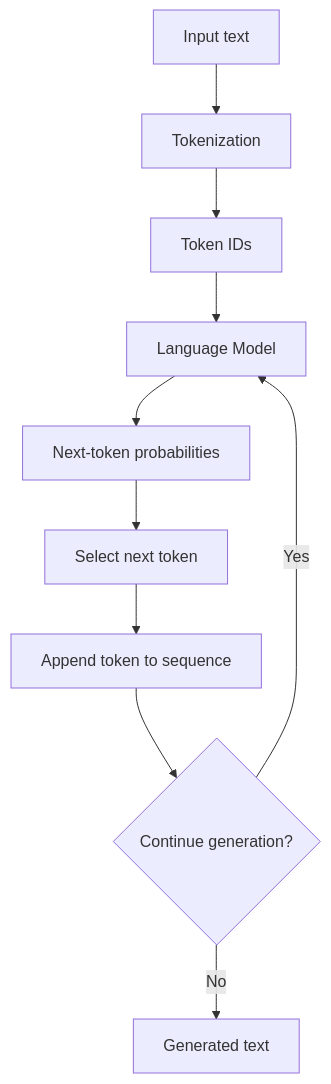
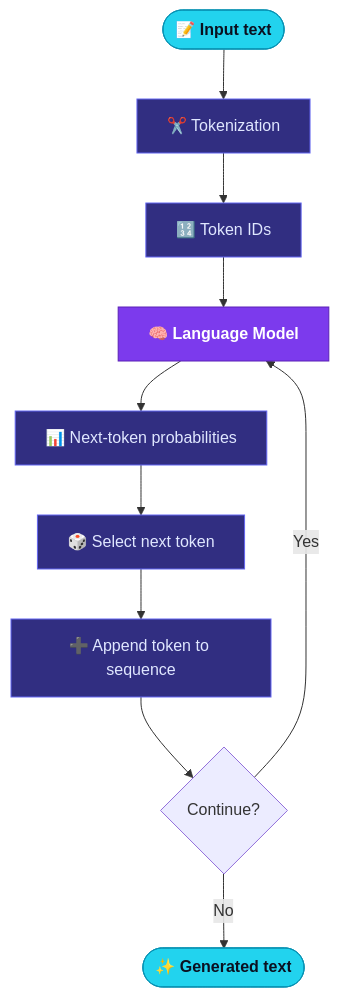
Before and after one commit to Krishil-Parikh/all-about-slms: the first of 6 diagrams in intro-to-slms.md, drawn with Mermaid. The commit also changed other lines of this file, not shown here.

````diff
--- a/intro-to-slms.md
+++ b/intro-to-slms.md
@@ -315,12 +336,19 @@
 ```mermaid
 flowchart TD
-    A["Input text"] --> B["Tokenization"]
-    B --> C["Token IDs"]
-    C --> D["Language Model"]
-    D --> E["Next-token probabilities"]
-    E --> F["Select next token"]
-    F --> G["Append token to sequence"]
-    G --> H{"Continue generation?"}
+    A(["📝 Input text"]) --> B["✂️ Tokenization"]
+    B --> C["🔢 Token IDs"]
+    C --> D["🧠 Language Model"]
+    D --> E["📊 Next-token probabilities"]
+    E --> F["🎲 Select next token"]
+    F --> G["➕ Append token to sequence"]
+    G --> H{"Continue?"}
     H -->|Yes| D
-    H -->|No| I["Generated text"]
+    H -->|No| I(["✨ Generated text"])
+
+    classDef io fill:#22d3ee,stroke:#0891b2,color:#0b1020,font-weight:bold
+    classDef model fill:#7c3aed,stroke:#5b21b6,color:#ffffff,font-weight:bold
+    classDef step fill:#312e81,stroke:#6366f1,color:#e0e7ff
+    class A,I io
+    class D model
+    class B,C,E,F,G step
 ```
````
